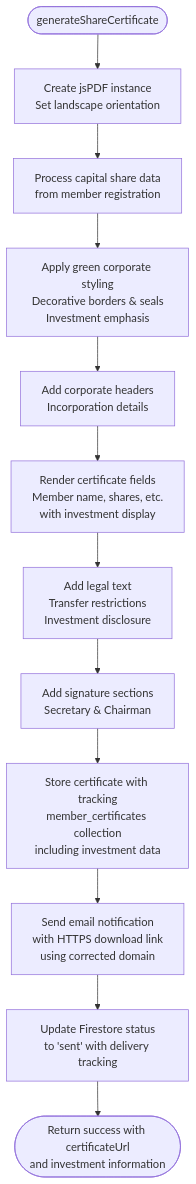
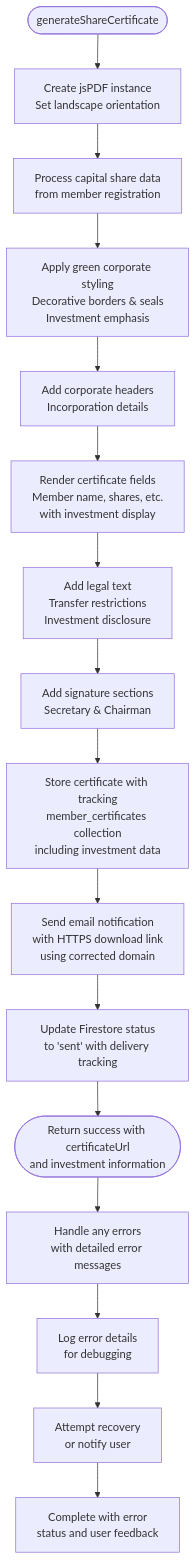
One commit to Unsure-bry/sampacoop_system changed the fourth of 7 diagrams in .qoder/repowiki/en/content/Email & Notification System/Certificate Generation System.md. Above: the diagram before and after it, drawn with Mermaid. The commit also changed other lines of this file and 9 other files, not shown here.

````diff
--- a/.qoder/repowiki/en/content/Email & Notification System/Certificate Generation System.md
+++ b/.qoder/repowiki/en/content/Email & Notification System/Certificate Generation System.md
@@ -326,14 +357,18 @@
 ```mermaid
 flowchart TD
 Start(["generateShareCertificate"]) --> Init["Create jsPDF instance<br/>Set landscape orientation"]
 Init --> CapitalShare["Process capital share data<br/>from member registration"]
 CapitalShare --> Style["Apply green corporate styling<br/>Decorative borders & seals<br/>Investment emphasis"]
 Style --> Header["Add corporate headers<br/>Incorporation details"]
 Header --> Fields["Render certificate fields<br/>Member name, shares, etc.<br/>with investment display"]
 Fields --> Legal["Add legal text<br/>Transfer restrictions<br/>Investment disclosure"]
 Legal --> Sign["Add signature sections<br/>Secretary & Chairman"]
 Sign --> Store["Store certificate with tracking<br/>member_certificates collection<br/>including investment data"]
 Store --> Email["Send email notification<br/>with HTTPS download link<br/>using corrected domain"]
 Email --> Status["Update Firestore status<br/>to 'sent' with delivery tracking"]
 Status --> Return(["Return success with certificateUrl<br/>and investment information"])
+Return --> Error["Handle any errors<br/>with detailed error messages"]
+Error --> Log["Log error details<br/>for debugging"]
+Log --> Retry["Attempt recovery<br/>or notify user"]
+Retry --> Complete["Complete with error<br/>status and user feedback"]
 ```
````
